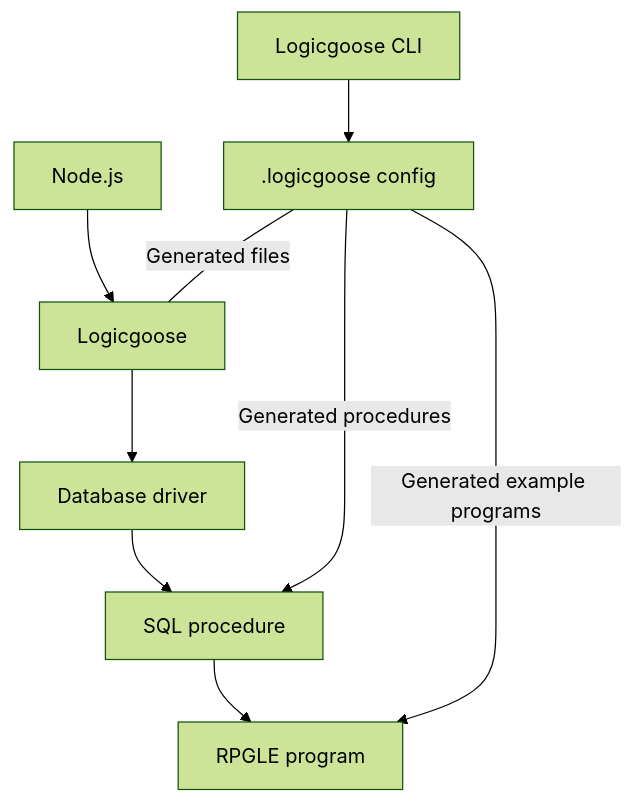
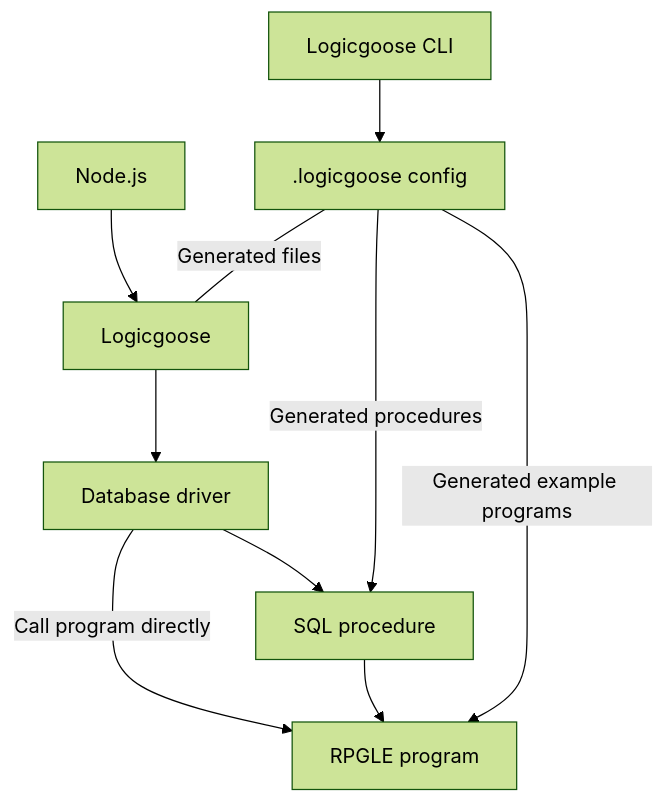
Before and after one commit to worksofliam/logicgoose: the diagram in readme.md, drawn with Mermaid (forest theme). The commit also changed other lines of this file, not shown here.

````diff
--- a/readme.md
+++ b/readme.md
@@ -181,14 +177,15 @@
 ```mermaid
 flowchart
     A[Node.js] --> B
     B[Logicgoose] --> C
     C[Database driver] --> D
+    C --Call program directly--> E
     D[SQL procedure] --> E
     E[RPGLE program]
 
     F[Logicgoose CLI] --> G
     G[.logicgoose config]
     G--Generated files---B
     G--Generated procedures--->D
     G--Generated example programs--->E
 ```
````
